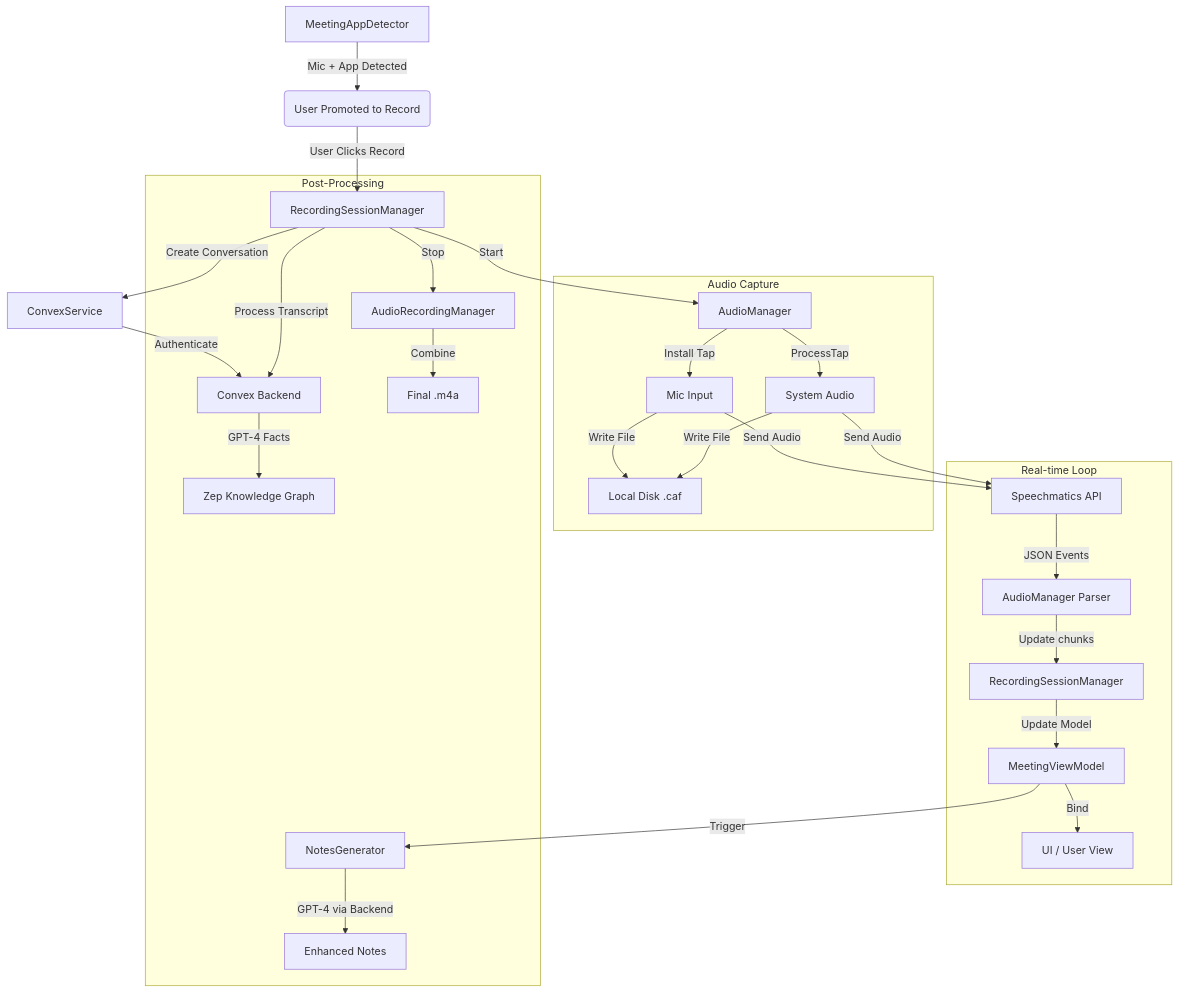
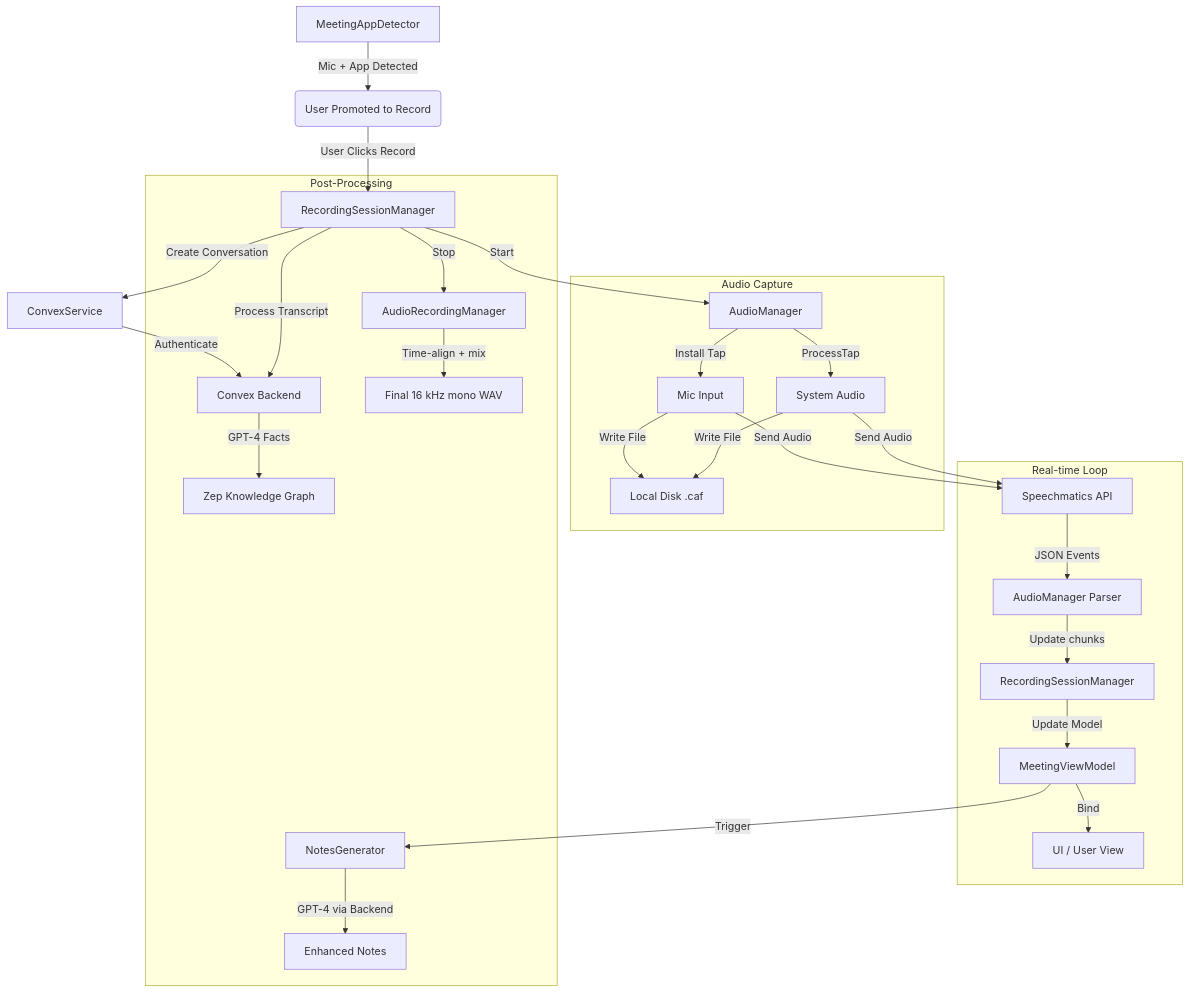
Before and after one commit to kuliran/audora-macos: the diagram in docs/app-flow.md, drawn with Mermaid. The commit also changed other lines of this file and 31 other files, not shown here.

````diff
--- a/docs/app-flow.md
+++ b/docs/app-flow.md
@@ -87,33 +87,33 @@
 ```mermaid
 graph TD
     A[MeetingAppDetector] -->|Mic + App Detected| B(User Promoted to Record)
     B -->|User Clicks Record| C[RecordingSessionManager]
     C -->|Start| D[AudioManager]
     C -->|Create Conversation| CS[ConvexService]
     CS -->|Authenticate| CB[Convex Backend]
 
     subgraph Audio Capture
         D -->|Install Tap| E[Mic Input]
         D -->|ProcessTap| F[System Audio]
         E -->|Write File| G[Local Disk .caf]
         F -->|Write File| G
     end
 
     subgraph Real-time Loop
         E -->|Send Audio| H[Speechmatics API]
         F -->|Send Audio| H
         H -->|JSON Events| I[AudioManager Parser]
         I -->|Update chunks| J[RecordingSessionManager]
         J -->|Update Model| K[MeetingViewModel]
         K -->|Bind| L[UI / User View]
     end
 
     subgraph Post-Processing
         C -->|Stop| M[AudioRecordingManager]
-        M -->|Combine| N[Final .m4a]
+        M -->|Time-align + mix| N[Final 16 kHz mono WAV]
         C -->|Process Transcript| CB
         CB -->|GPT-4 Facts| ZEP[Zep Knowledge Graph]
         K -->|Trigger| O[NotesGenerator]
         O -->|GPT-4 via Backend| P[Enhanced Notes]
     end
 ```
````
